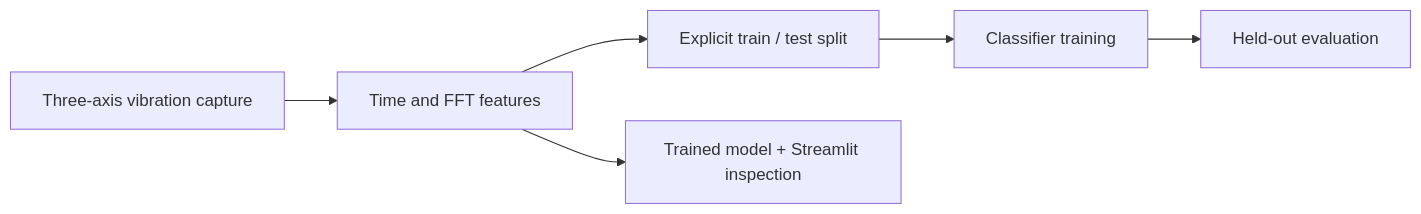
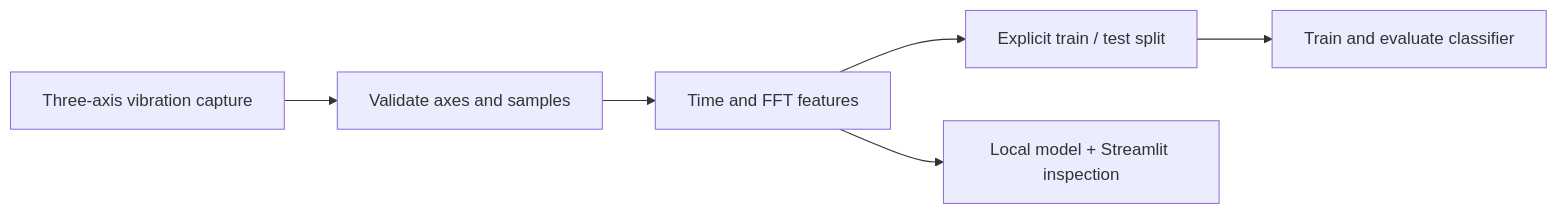
The diagram in README.md (DKAA04/CODE-THE-SKY_CLEAN-REPO), drawn with Mermaid before and after one commit. The commit also changed other lines of this file and 3 other files, not shown here.

````diff
--- a/README.md
+++ b/README.md
@@ -11,8 +21,8 @@
 ```mermaid
 flowchart LR
-    A[Three-axis vibration capture] --> B[Time and FFT features]
-    B --> C[Explicit train / test split]
-    C --> D[Classifier training]
-    D --> E[Held-out evaluation]
-    B --> F[Trained model + Streamlit inspection]
+    A[Three-axis vibration capture] --> B[Validate axes and samples]
+    B --> C[Time and FFT features]
+    C --> D[Explicit train / test split]
+    D --> E[Train and evaluate classifier]
+    C --> F[Local model + Streamlit inspection]
 ```
````
